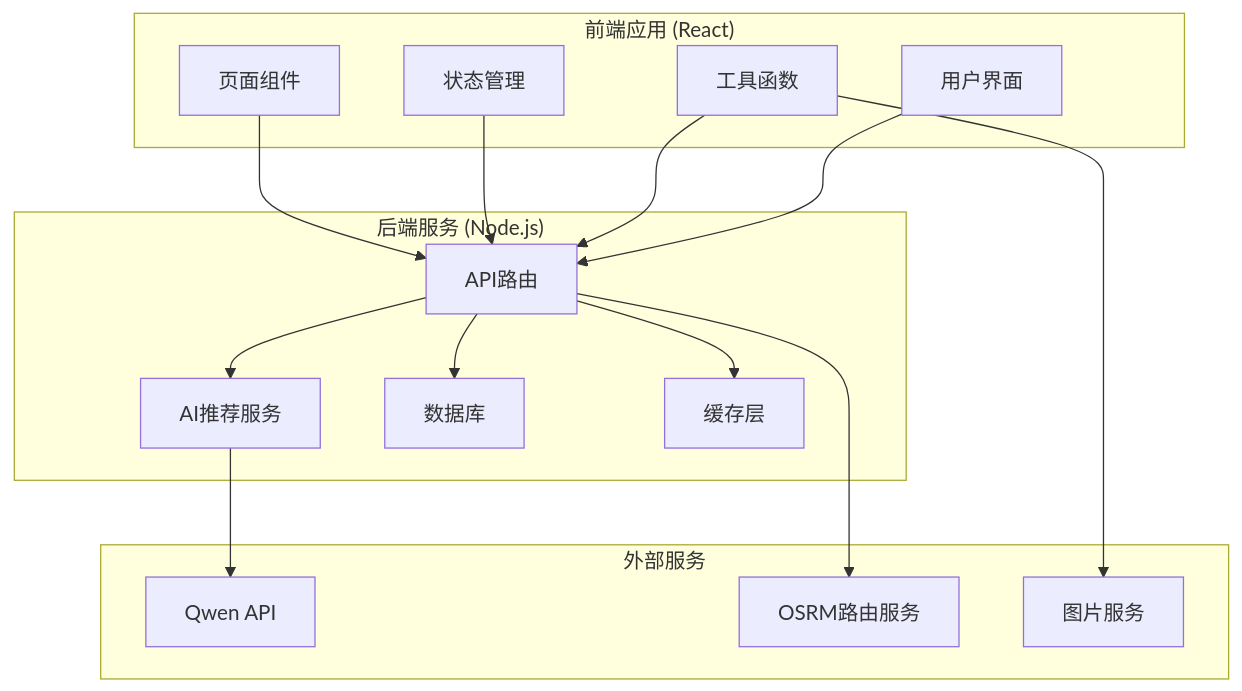
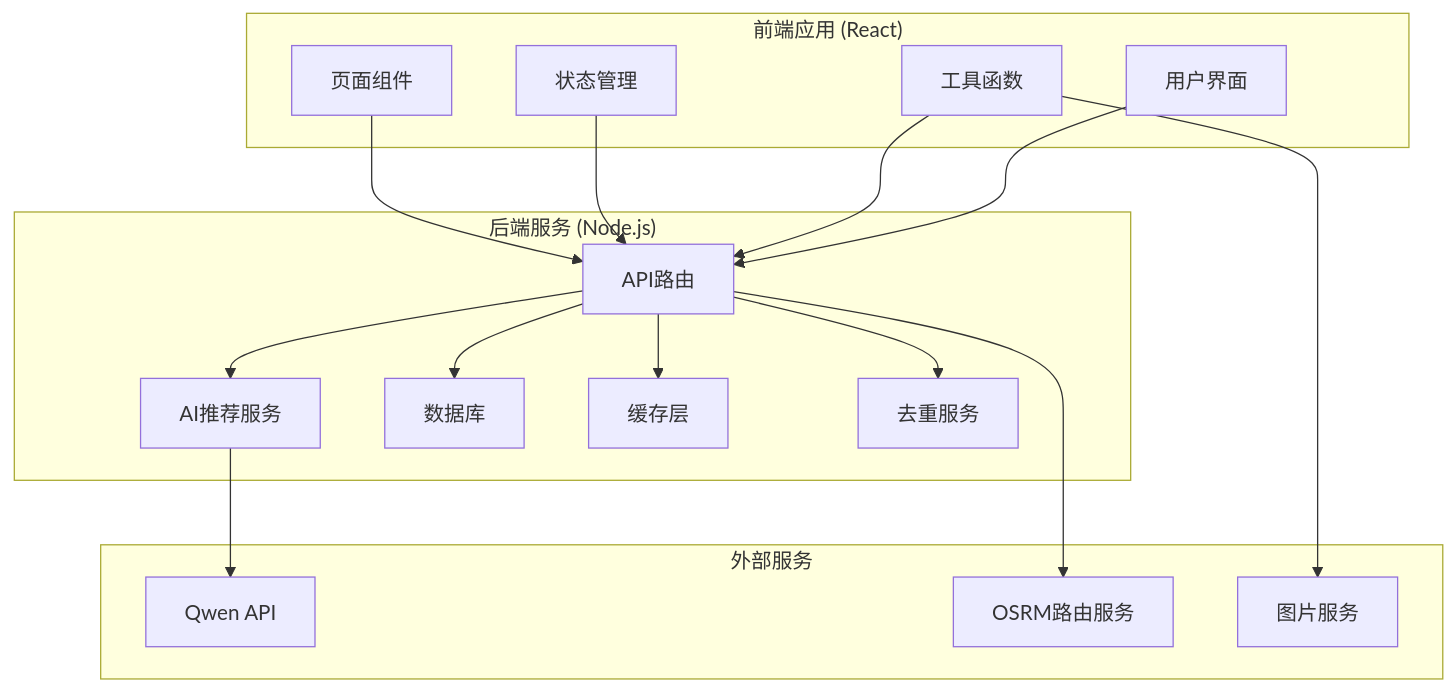
Before and after one commit to ititjjy/AITrip-plan: the first of 27 diagrams in .qoder/repowiki/zh/content/项目概述/核心功能特性/智能旅行规划引擎.md, drawn with Mermaid. The commit also changed other lines of this file and 144 other files, not shown here.

````diff
--- a/.qoder/repowiki/zh/content/项目概述/核心功能特性/智能旅行规划引擎.md
+++ b/.qoder/repowiki/zh/content/项目概述/核心功能特性/智能旅行规划引擎.md
@@ -42,30 +58,32 @@
 ```mermaid
 graph TB
 subgraph "前端应用 (React)"
 UI[用户界面]
 Utils[工具函数]
 Context[状态管理]
 Pages[页面组件]
 end
 subgraph "后端服务 (Node.js)"
 API[API路由]
 Qwen[AI推荐服务]
 DB[数据库]
 Cache[缓存层]
+Dedup[去重服务]
 end
 subgraph "外部服务"
 QwenAPI[Qwen API]
 OSRM[OSRM路由服务]
 Unsplash[图片服务]
 end
 UI --> API
 Utils --> API
 Context --> API
 Pages --> API
 API --> Qwen
 API --> DB
 API --> Cache
+API --> Dedup
 Qwen --> QwenAPI
 API --> OSRM
 Utils --> Unsplash
 ```
````
